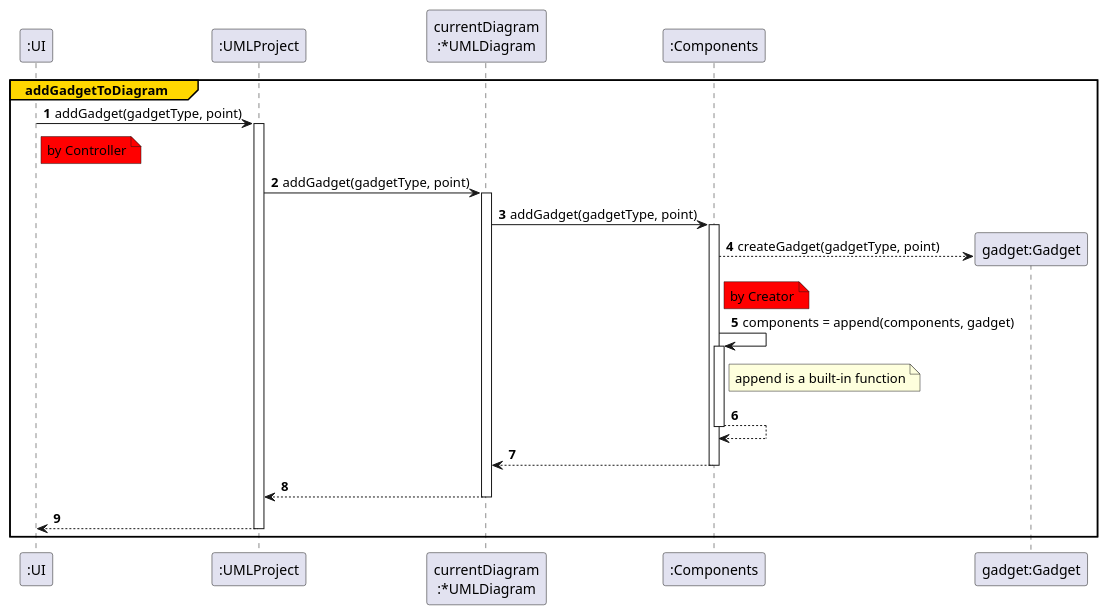
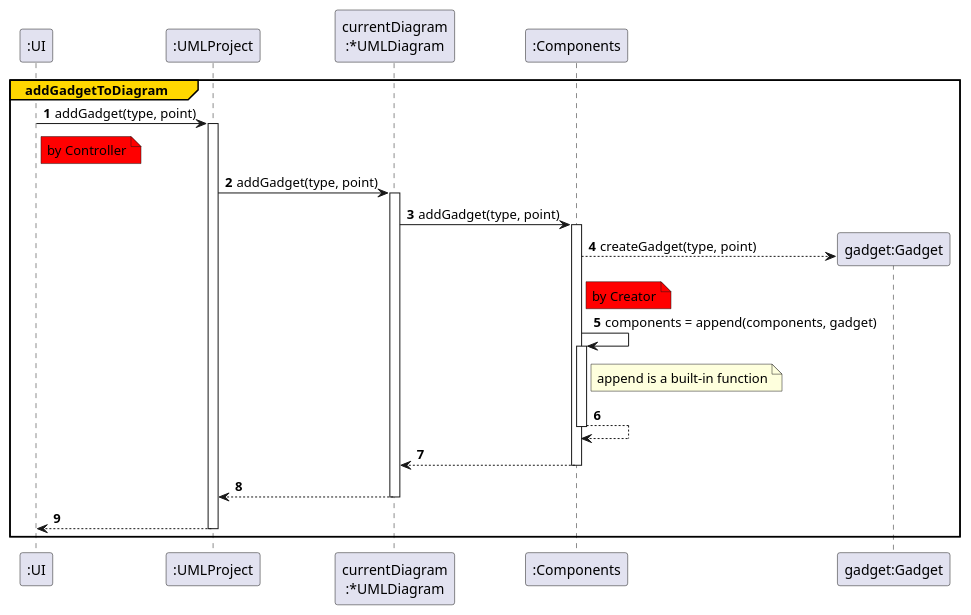
Before and after one commit to Vghxv/Dr.UML__________________: the third of 15 diagrams in docs/graphs/ssd.iuml, drawn with PlantUML. The commit also changed other lines of this file and 2 other files, not shown here.

```diff
--- a/docs/graphs/ssd.iuml
+++ b/docs/graphs/ssd.iuml
@@ -56,18 +56,18 @@
 @startuml
 autonumber
 autoactivate on
 group#gold #white addGadgetToDiagram
-   ":UI" -> ":UMLProject": addGadget(gadgetType, point)
+   ":UI" -> ":UMLProject": addGadget(type, point)
     note right of ":UI" #red: by Controller
-        ":UMLProject" -> "currentDiagram\n:*UMLDiagram"  : addGadget(gadgetType, point)
-           "currentDiagram\n:*UMLDiagram" -> ":Components"  : addGadget(gadgetType, point)
-                ":Components"  --> "gadget:Gadget" **  : createGadget(gadgetType, point)
+        ":UMLProject" -> "currentDiagram\n:*UMLDiagram"  : addGadget(type, point)
+           "currentDiagram\n:*UMLDiagram" -> ":Components"  : addGadget(type, point)
+                ":Components"  --> "gadget:Gadget" **  : createGadget(type, point)
                 note right of ":Components" #red: by Creator
                 ":Components" -> ":Components": components = append(components, gadget)
                 note right of ":Components": append is a built-in function
                 return
                 return
             return
         return
 end addGadgetToDiagram
 @enduml
```
